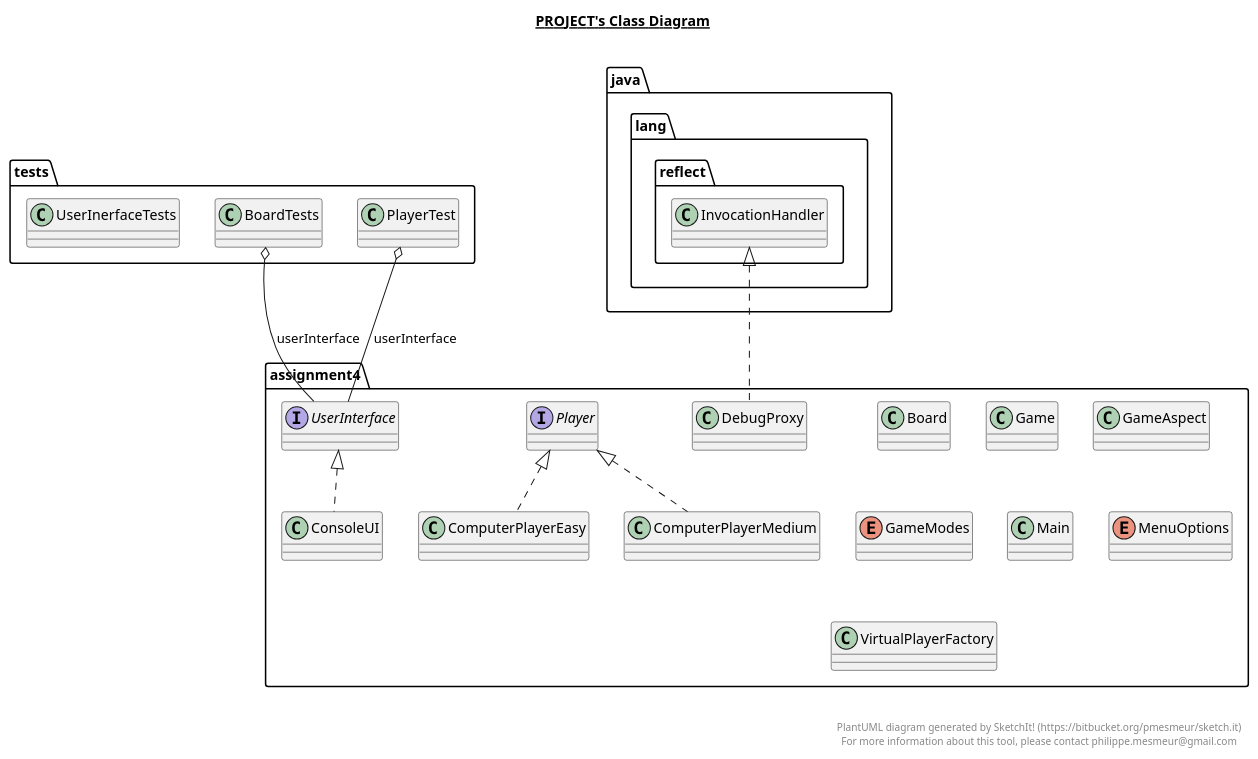
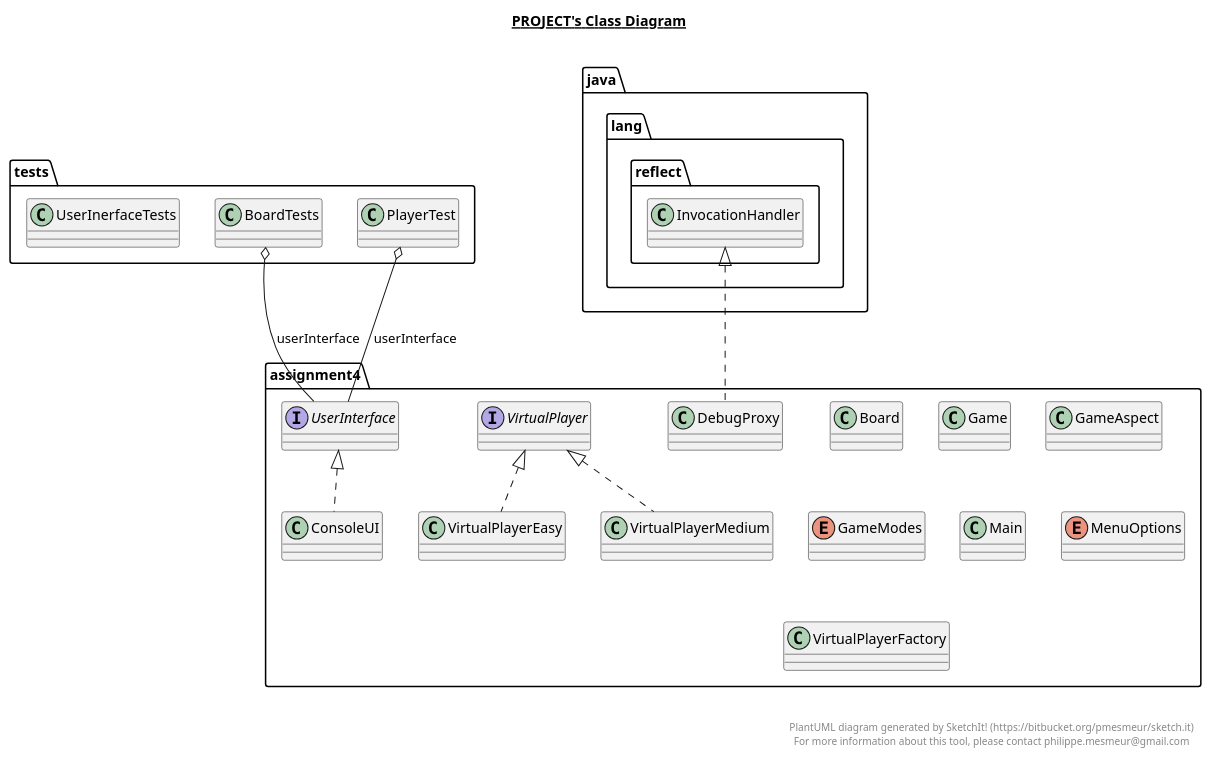
One commit to arpeled/FourInLine changed the diagram in Project.plantuml. Above: the diagram before and after it, drawn with PlantUML. The commit also changed 27 other files, not shown here.

```diff
--- a/Project.plantuml
+++ b/Project.plantuml
@@ -1,116 +1,116 @@
 @startuml
 
 title __PROJECT's Class Diagram__\n
 
   namespace assignment4 {
     class assignment4.Board {
     }
   }
   
 
   namespace assignment4 {
-    class assignment4.ComputerPlayerEasy {
+    class assignment4.VirtualPlayerEasy {
     }
   }
   
 
   namespace assignment4 {
-    class assignment4.ComputerPlayerMedium {
+    class assignment4.VirtualPlayerMedium {
     }
   }
   
 
   namespace assignment4 {
     class assignment4.ConsoleUI {
     }
   }
   
 
   namespace assignment4 {
     class assignment4.DebugProxy {
     }
   }
   
 
   namespace assignment4 {
     class assignment4.Game {
     }
   }
   
 
   namespace assignment4 {
     class assignment4.GameAspect {
     }
   }
   
 
   namespace assignment4 {
     enum GameModes {
     }
   }
   
 
   namespace assignment4 {
     class assignment4.Main {
     }
   }
   
 
   namespace assignment4 {
     enum MenuOptions {
     }
   }
   
 
   namespace assignment4 {
-    interface assignment4.Player {
+    interface assignment4.VirtualPlayer {
     }
   }
   
 
   namespace assignment4 {
     interface assignment4.UserInterface {
     }
   }
   
 
   namespace assignment4 {
     class assignment4.VirtualPlayerFactory {
     }
   }
   
 
   namespace tests {
     class tests.BoardTests {
     }
   }
   
 
   namespace tests {
     class tests.PlayerTest {
     }
   }
   
 
   namespace tests {
     class tests.UserInerfaceTests {
     }
   }
   
 
-  assignment4.ComputerPlayerEasy .up.|> assignment4.Player
-  assignment4.ComputerPlayerMedium .up.|> assignment4.Player
+  assignment4.VirtualPlayerEasy .up.|> assignment4.VirtualPlayer
+  assignment4.VirtualPlayerMedium .up.|> assignment4.VirtualPlayer
   assignment4.ConsoleUI .up.|> assignment4.UserInterface
   assignment4.DebugProxy .up.|> java.lang.reflect.InvocationHandler
   tests.BoardTests o-- assignment4.UserInterface : userInterface
   tests.PlayerTest o-- assignment4.UserInterface : userInterface
 
 
 right footer
 
 
 PlantUML diagram generated by SketchIt! (https://bitbucket.org/pmesmeur/sketch.it)
 For more information about this tool, please contact philippe.mesmeur@gmail.com
 endfooter
 
 @enduml
```
